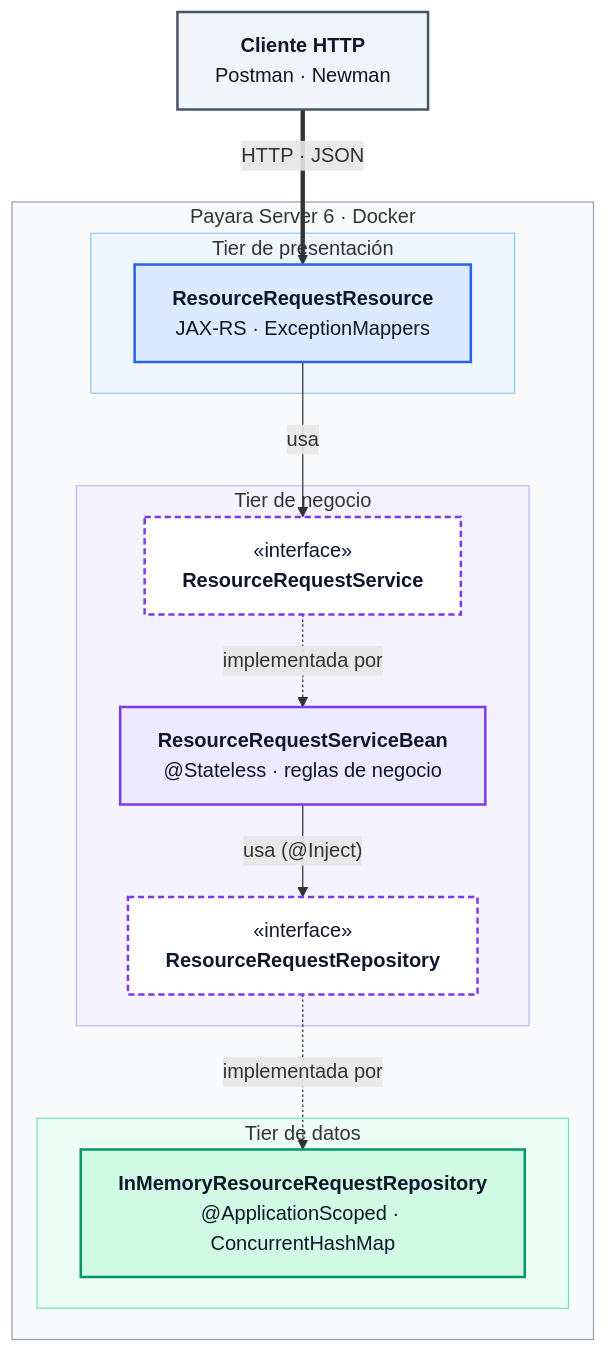
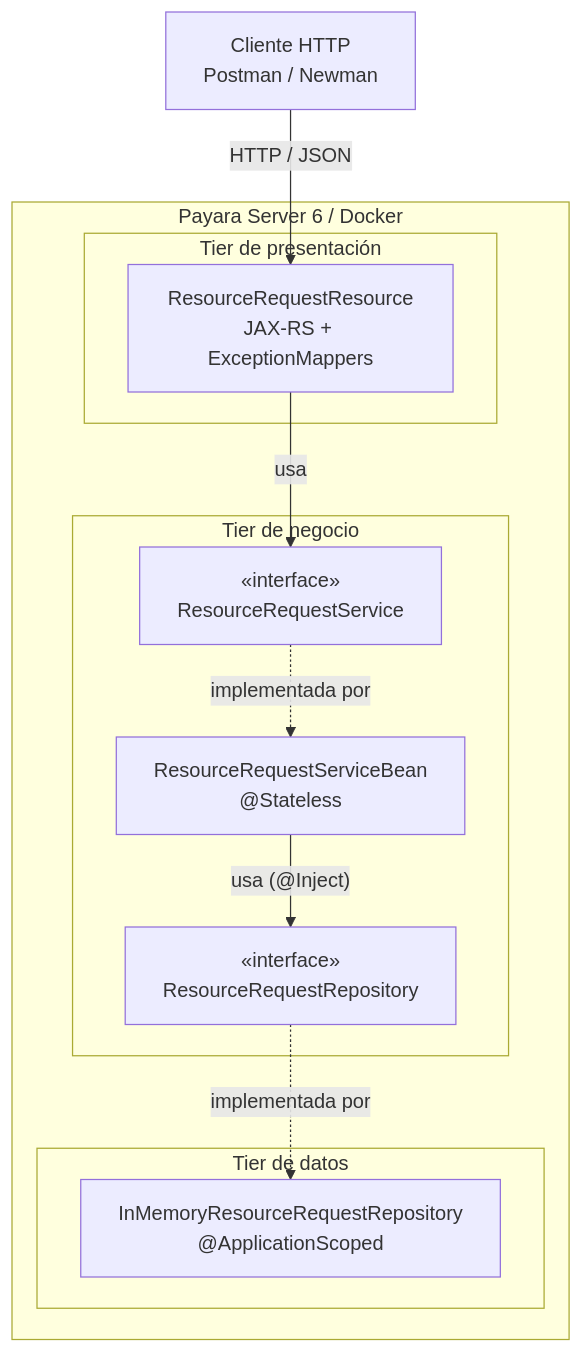
One commit to andreMD287/JEE-Negocio changed the diagram in README.md. Above: the diagram before and after it, drawn with Mermaid. The commit also changed other lines of this file and 2 other files, not shown here.

Commit message:
Documentación: diagramas en blanco y negro y evidencias resumidas

````diff
--- a/README.md
+++ b/README.md
@@ -11,35 +11,22 @@
 ```mermaid
 flowchart TB
-    classDef client fill:#F1F5F9,stroke:#475569,stroke-width:2px,color:#0F172A
-    classDef api fill:#DBEAFE,stroke:#2563EB,stroke-width:2px,color:#0F172A
-    classDef biz fill:#EDE9FE,stroke:#7C3AED,stroke-width:2px,color:#0F172A
-    classDef port fill:#FFFFFF,stroke:#7C3AED,stroke-width:2px,stroke-dasharray:5 3,color:#0F172A
-    classDef data fill:#D1FAE5,stroke:#059669,stroke-width:2px,color:#0F172A
-
-    C["<b>Cliente HTTP</b><br/>Postman · Newman"]:::client
-
-    subgraph WAR["Payara Server 6 · Docker"]
+    C["Cliente HTTP<br/>Postman / Newman"]
+    subgraph WAR["Payara Server 6 / Docker"]
         subgraph P["Tier de presentación"]
-            API["<b>ResourceRequestResource</b><br/>JAX-RS · ExceptionMappers"]:::api
+            API["ResourceRequestResource<br/>JAX-RS + ExceptionMappers"]
         end
         subgraph N["Tier de negocio"]
-            SVC["«interface»<br/><b>ResourceRequestService</b>"]:::port
-            EJB["<b>ResourceRequestServiceBean</b><br/>@Stateless · reglas de negocio"]:::biz
-            PORT["«interface»<br/><b>ResourceRequestRepository</b>"]:::port
+            SVC["«interface»<br/>ResourceRequestService"]
+            EJB["ResourceRequestServiceBean<br/>@Stateless"]
+            PORT["«interface»<br/>ResourceRequestRepository"]
         end
         subgraph D["Tier de datos"]
-            MEM["<b>InMemoryResourceRequestRepository</b><br/>@ApplicationScoped · ConcurrentHashMap"]:::data
+            MEM["InMemoryResourceRequestRepository<br/>@ApplicationScoped"]
         end
     end
-
-    C ==>|"HTTP · JSON"| API
+    C -->|HTTP / JSON| API
     API -->|usa| SVC
     SVC -.->|implementada por| EJB
     EJB -->|"usa (@Inject)"| PORT
     PORT -.->|implementada por| MEM
-
-    style WAR fill:#F8FAFC,stroke:#94A3B8
-    style P fill:#EFF6FF,stroke:#93C5FD
-    style N fill:#F5F3FF,stroke:#C4B5FD
-    style D fill:#ECFDF5,stroke:#6EE7B7
 ```
````
